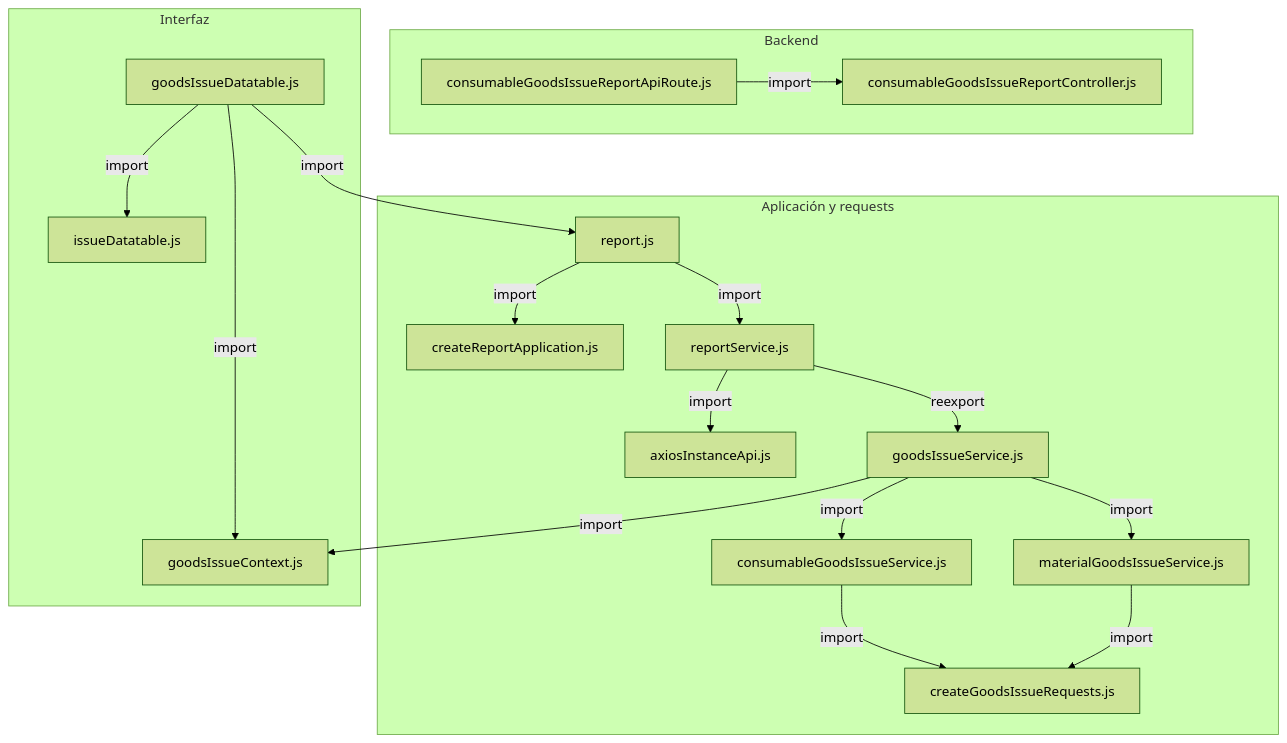
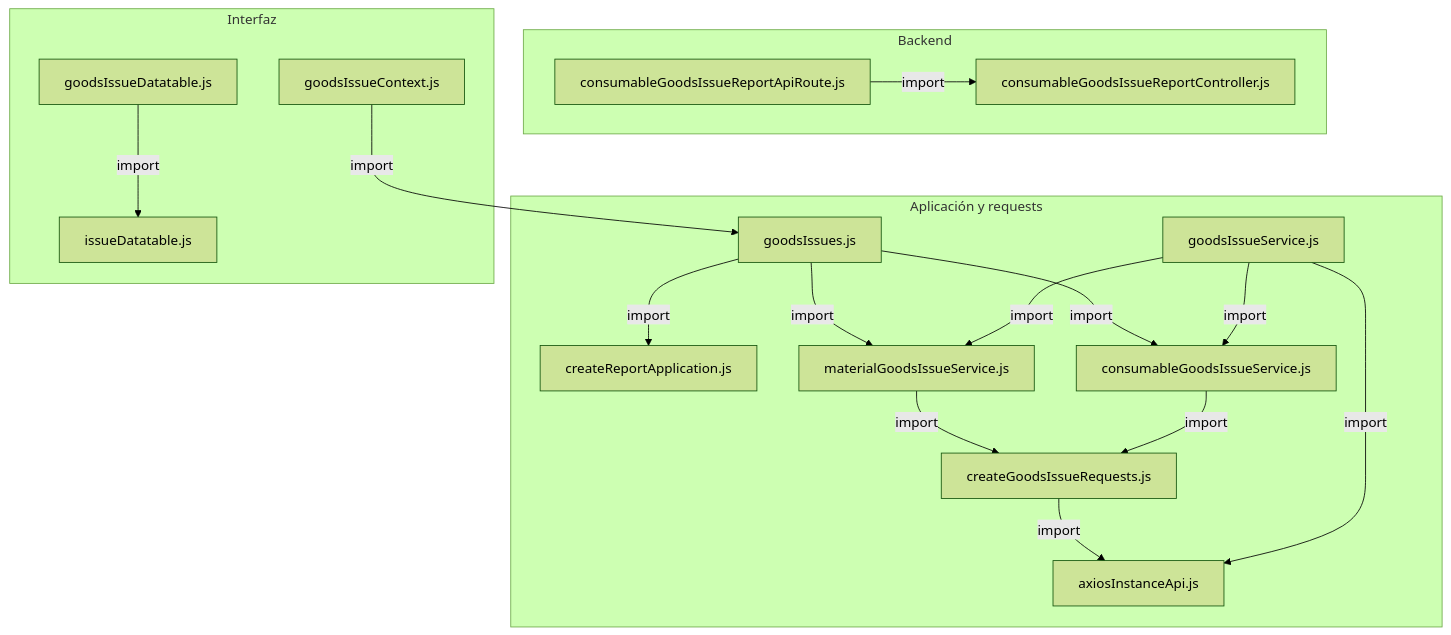
The first of 4 diagrams in docs/architecture/views/processes/frontend-code-sequences/issues/cu-sal-21.md (gpgsistemas01/nexus), drawn with Mermaid (forest theme) before and after one commit. The commit also changed other lines of this file and 200 other files, not shown here.

````diff
--- a/docs/architecture/views/processes/frontend-code-sequences/issues/cu-sal-21.md
+++ b/docs/architecture/views/processes/frontend-code-sequences/issues/cu-sal-21.md
@@ -52,35 +51,33 @@
 ```mermaid
 flowchart TB
     subgraph Component0["Backend"]
         FileConsumableGoodsIssueReportController["consumableGoodsIssueReportController.js"]
         Transport["consumableGoodsIssueReportApiRoute.js"]
     end
     subgraph Component1["Aplicación y requests"]
         Application["createReportApplication.js"]
-        FileReport["report.js"]
+        FileReport["goodsIssues.js"]
         HTTP["axiosInstanceApi.js"]
         FileConsumableGoodsIssueService["consumableGoodsIssueService.js"]
         Request["createGoodsIssueRequests.js"]
         FileGoodsIssueService["goodsIssueService.js"]
         FileMaterialGoodsIssueService["materialGoodsIssueService.js"]
-        FileReportService["reportService.js"]
     end
     subgraph Component2["Interfaz"]
         FileGoodsIssueContext["goodsIssueContext.js"]
         View["issueDatatable.js"]
         FileGoodsIssueDatatable["goodsIssueDatatable.js"]
     end
-    FileReport -->|import| FileReportService
+    FileConsumableGoodsIssueService -->|import| Request
+    FileGoodsIssueDatatable -->|import| View
+    FileGoodsIssueService -->|import| FileConsumableGoodsIssueService
+    FileGoodsIssueService -->|import| FileMaterialGoodsIssueService
+    FileGoodsIssueService -->|import| HTTP
+    FileMaterialGoodsIssueService -->|import| Request
     FileReport -->|import| Application
-    FileGoodsIssueDatatable -->|import| FileReport
-    FileGoodsIssueDatatable -->|import| View
-    FileGoodsIssueDatatable -->|import| FileGoodsIssueContext
-    FileConsumableGoodsIssueService -->|import| Request
-    FileGoodsIssueService -->|import| FileMaterialGoodsIssueService
-    FileGoodsIssueService -->|import| FileConsumableGoodsIssueService
-    FileGoodsIssueService -->|import| FileGoodsIssueContext
-    FileMaterialGoodsIssueService -->|import| Request
-    FileReportService -->|import| HTTP
-    FileReportService -->|reexport| FileGoodsIssueService
+    FileReport -->|import| FileMaterialGoodsIssueService
+    FileReport -->|import| FileConsumableGoodsIssueService
+    FileGoodsIssueContext -->|import| FileReport
+    Request -->|import| HTTP
     Transport -->|import| FileConsumableGoodsIssueReportController
 ```
````
